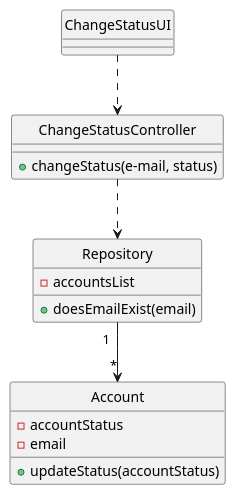
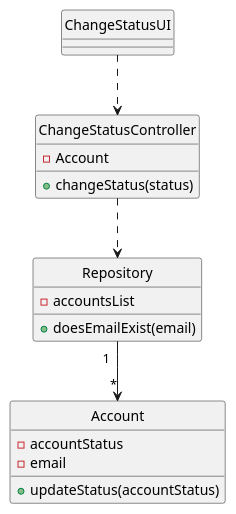
The diagram in docs/modelling_design/user_stories/us006/US006_Class_Diagram.puml (Loracline/project_switch_22-23), drawn with PlantUML before and after one commit. The commit also changed 13 other files, not shown here.

First line of the commit message:
US005,006: Development -ChangeStatusController and respective tests;  -Refinement of class and sequence diagram.

```diff
--- a/docs/modelling_design/user_stories/us006/US006_Class_Diagram.puml
+++ b/docs/modelling_design/user_stories/us006/US006_Class_Diagram.puml
@@ -1,31 +1,32 @@
 @startuml
 
 class "ChangeStatusUI"
 class "ChangeStatusController"
 class "Repository"
 class "Account"
 
 "ChangeStatusUI" ..> "ChangeStatusController"
 "ChangeStatusController"  ..> "Repository"
 "Repository" "1  " -->"*" "Account"
 
 class "ChangeStatusController"{
-+changeStatus(e-mail, status)
+-Account
++changeStatus(status)
 }
 class "Repository"{
 -accountsList
 +doesEmailExist(email)
 }
 
 class Account{
 - accountStatus
 -email
 + updateStatus(accountStatus)
 }
 
 hide "ChangeStatusUI" circle
 hide "ChangeStatusController" circle
 hide "Repository" circle
 hide "Account" circle
 
 @enduml
```
